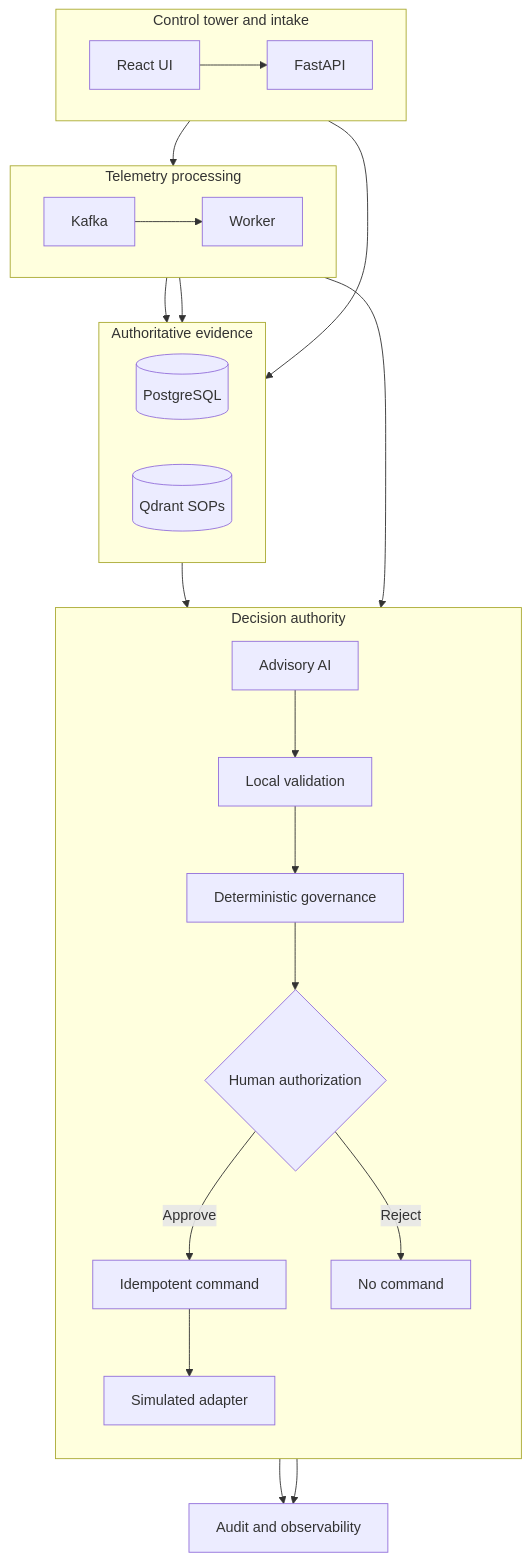
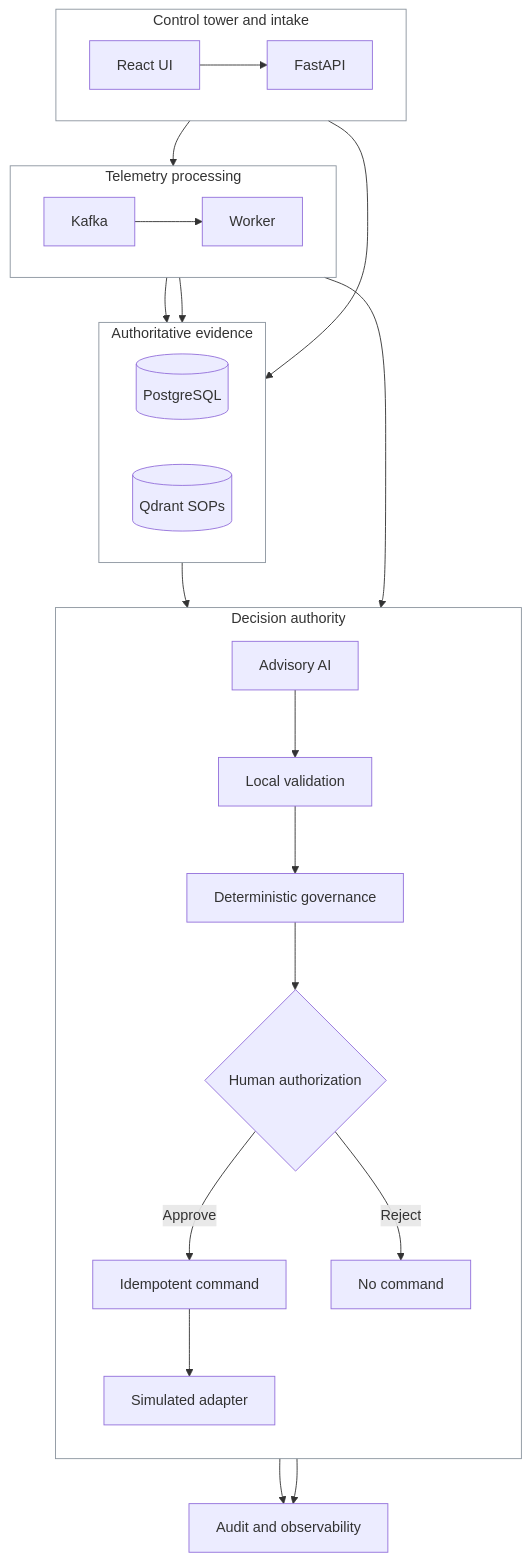
Before and after one commit to sa-rehman1/coldchain-sentinel: the diagram in README.md, drawn with Mermaid.

Commit message:
docs: refine architecture diagram styling

````diff
--- a/README.md
+++ b/README.md
@@ -65,37 +65,42 @@
 ```mermaid
 flowchart TD
     subgraph Intake[Control tower and intake]
         direction LR
         UI[React UI] --> API[FastAPI]
     end
 
     subgraph Processing[Telemetry processing]
         direction LR
         K[Kafka] --> W[Worker]
     end
 
     subgraph Evidence[Authoritative evidence]
         direction LR
         DB[(PostgreSQL)]
         Q[(Qdrant SOPs)]
     end
 
     subgraph Authority[Decision authority]
         direction TD
         R[Advisory AI] --> V[Local validation]
         V --> G[Deterministic governance]
         G --> H{Human authorization}
         H -->|Approve| C[Idempotent command]
         H -->|Reject| N[No command]
         C --> S[Simulated adapter]
     end
 
     API --> K
     API --> DB
     W --> DB
     W --> Q
     W --> R
     Q --> R
     S --> O[Audit and observability]
     N --> O
+
+    style Intake fill:transparent,stroke:#8b949e,stroke-width:1px
+    style Processing fill:transparent,stroke:#8b949e,stroke-width:1px
+    style Evidence fill:transparent,stroke:#8b949e,stroke-width:1px
+    style Authority fill:transparent,stroke:#8b949e,stroke-width:1px
 ```
````
